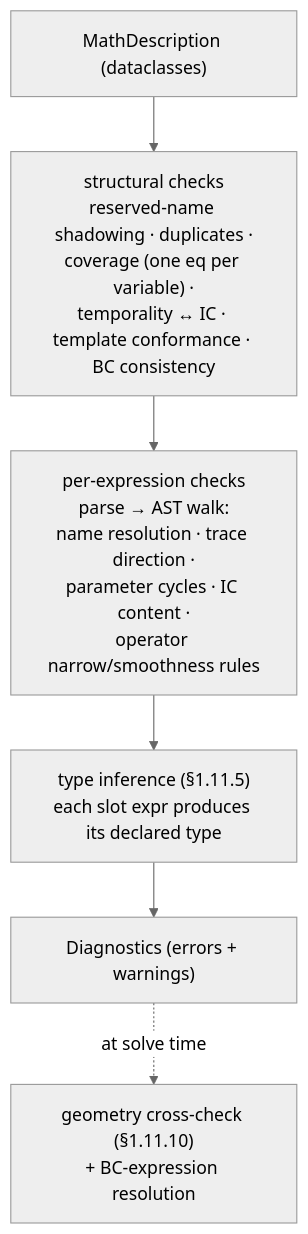
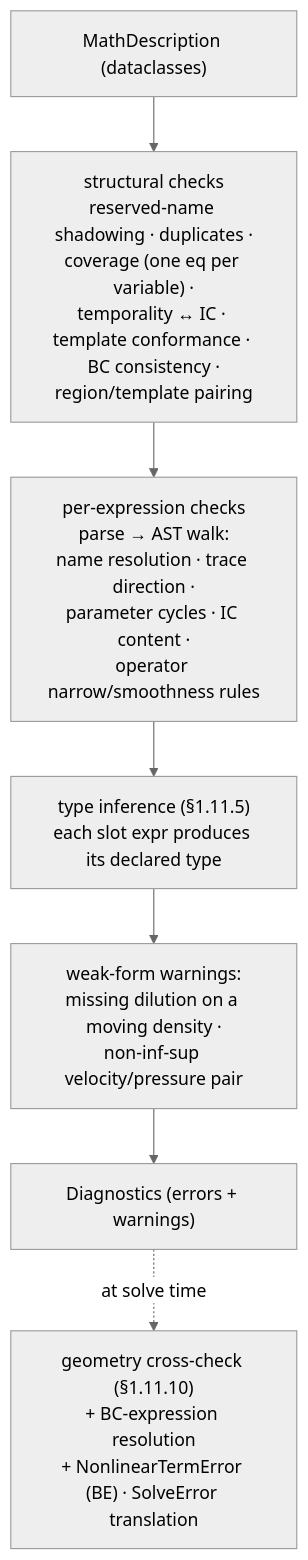
One commit to virtualcell/vcell-fenics changed the fourth of 4 diagrams in docs/architecture.md. Above: the diagram before and after it, drawn with Mermaid (neutral theme). The commit also changed other lines of this file and 2 other files, not shown here.

First line of the commit message:
docs: rewrite the overview and architecture to the current checkout (D01)

````diff
--- a/docs/architecture.md
+++ b/docs/architecture.md
@@ -138,8 +174,9 @@
 ```mermaid
 flowchart TD
-    MD["MathDescription (dataclasses)"] --> STR["structural checks<br/>reserved-name shadowing · duplicates ·<br/>coverage (one eq per variable) ·<br/>temporality ↔ IC · template conformance · BC consistency"]
+    MD["MathDescription (dataclasses)"] --> STR["structural checks<br/>reserved-name shadowing · duplicates ·<br/>coverage (one eq per variable) ·<br/>temporality ↔ IC · template conformance · BC consistency ·<br/>region/template pairing"]
     STR --> EXPR["per-expression checks<br/>parse → AST walk:<br/>name resolution · trace direction ·<br/>parameter cycles · IC content ·<br/>operator narrow/smoothness rules"]
     EXPR --> TY["type inference (§1.11.5)<br/>each slot expr produces its declared type"]
-    TY --> OUT["Diagnostics (errors + warnings)"]
-    OUT -.->|at solve time| GEO["geometry cross-check (§1.11.10)<br/>+ BC-expression resolution"]
+    TY --> WF["weak-form warnings:<br/>missing dilution on a moving density ·<br/>non-inf-sup velocity/pressure pair"]
+    WF --> OUT["Diagnostics (errors + warnings)"]
+    OUT -.->|at solve time| GEO["geometry cross-check (§1.11.10)<br/>+ BC-expression resolution<br/>+ NonlinearTermError (BE) · SolveError translation"]
 ```
````
